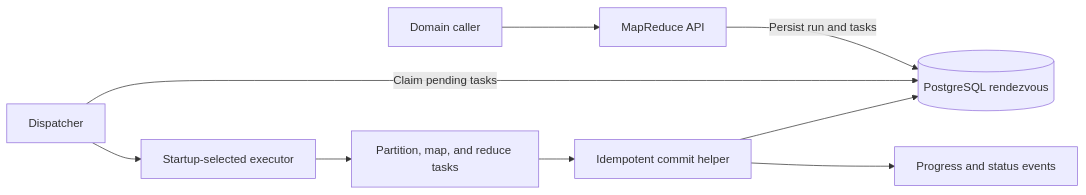
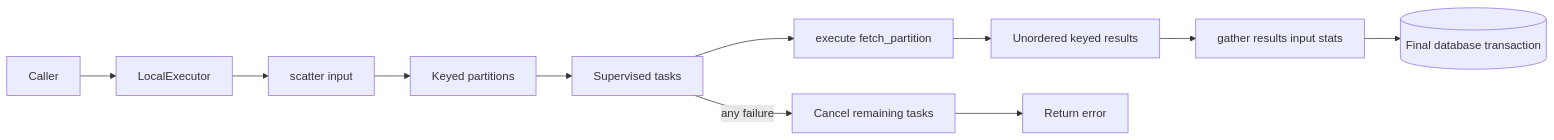
The diagram in planning/map-reduce-design.md (michalo1334/master_thesis), drawn with Mermaid before and after one commit. The commit also changed other lines of this file and 11 other files, not shown here.

Commit message:
Add scatter-gather telemetry foundation

````diff
--- a/planning/map-reduce-design.md
+++ b/planning/map-reduce-design.md
@@ -42,11 +29,13 @@
 ```mermaid
 flowchart LR
-  Caller[Domain caller] --> MR[MapReduce API]
-  MR -->|Persist run and tasks| DB[(PostgreSQL rendezvous)]
-  Dispatch[Dispatcher] -->|Claim pending tasks| DB
-  Dispatch --> Executor[Startup-selected executor]
-  Executor --> Tasks[Partition, map, and reduce tasks]
-  Tasks --> Commit[Idempotent commit helper]
-  Commit --> DB
-  Commit --> Events[Progress and status events]
+    caller[Caller] --> executor[LocalExecutor]
+    executor --> scatter[scatter input]
+    scatter --> partitions[Keyed partitions]
+    partitions --> tasks[Supervised tasks]
+    tasks --> execute[execute fetch_partition]
+    execute --> results[Unordered keyed results]
+    results --> gather[gather results input stats]
+    gather --> database[(Final database transaction)]
+    tasks -- any failure --> cancel[Cancel remaining tasks]
+    cancel --> error[Return error]
 ```
````
